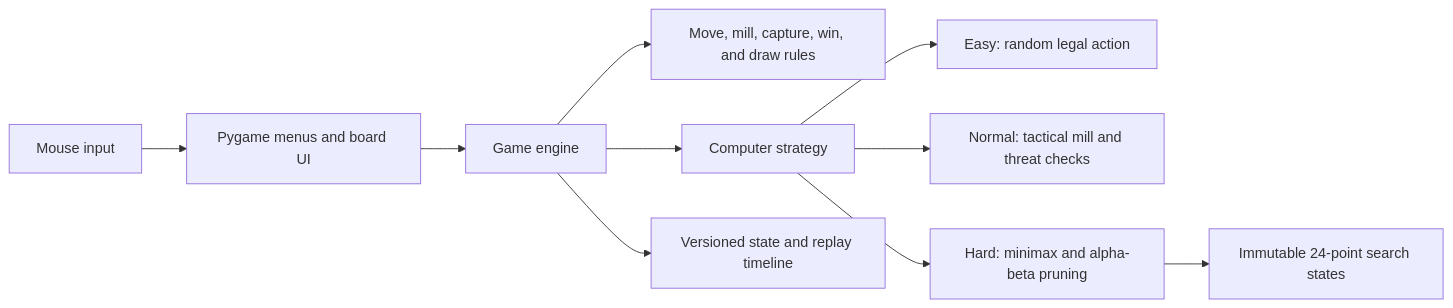
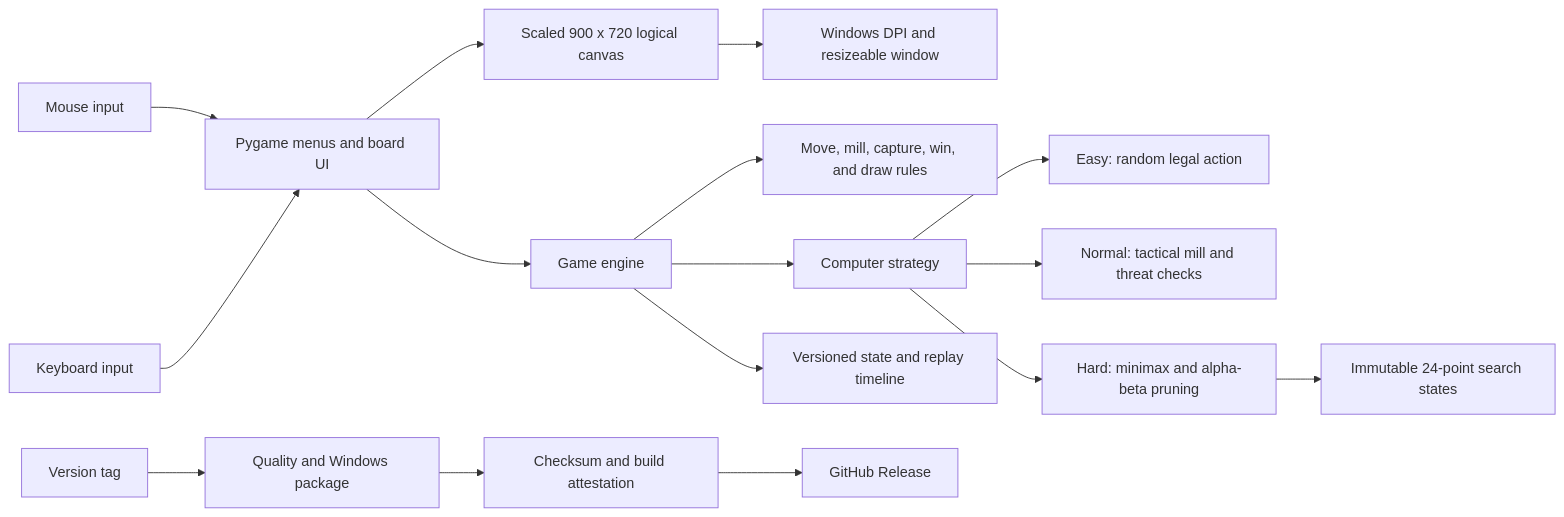
One commit to Sarthak2661/nine-mens-morris changed the diagram in ReadMe.md. Above: the diagram before and after it, drawn with Mermaid. The commit also changed other lines of this file and 12 other files, not shown here.

````diff
--- a/ReadMe.md
+++ b/ReadMe.md
@@ -38,12 +39,18 @@
 ```mermaid
 flowchart LR
     Input[Mouse input] --> UI[Pygame menus and board UI]
+    Keyboard[Keyboard input] --> UI
+    UI --> Display[Scaled 900 x 720 logical canvas]
+    Display --> DPI[Windows DPI and resizeable window]
     UI --> Engine[Game engine]
     Engine --> Rules[Move, mill, capture, win, and draw rules]
     Engine --> AI[Computer strategy]
     AI --> Easy[Easy: random legal action]
     AI --> Normal[Normal: tactical mill and threat checks]
     AI --> Hard[Hard: minimax and alpha-beta pruning]
     Hard --> State[Immutable 24-point search states]
     Engine --> History[Versioned state and replay timeline]
+    Tag[Version tag] --> CI[Quality and Windows package]
+    CI --> Provenance[Checksum and build attestation]
+    Provenance --> Release[GitHub Release]
 ```
````
